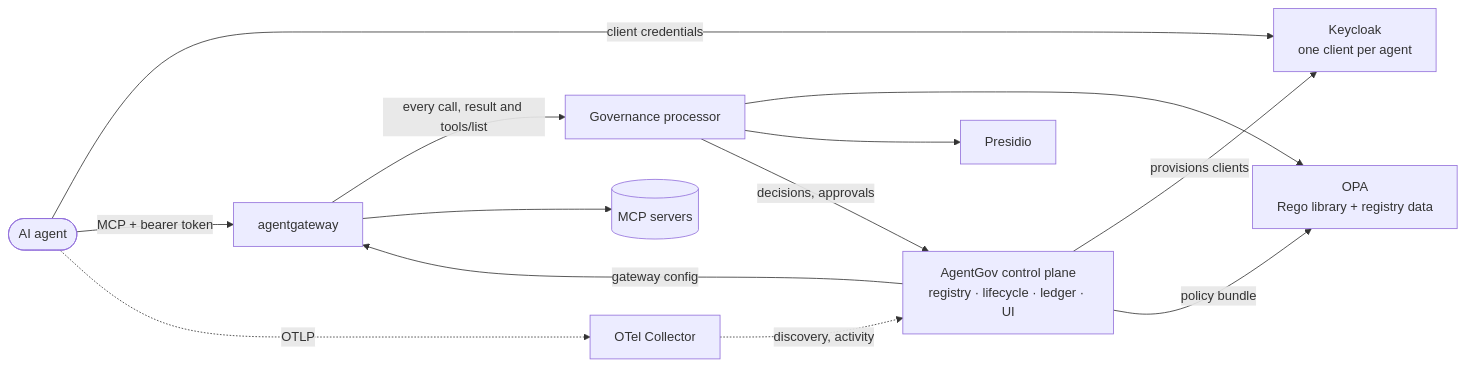
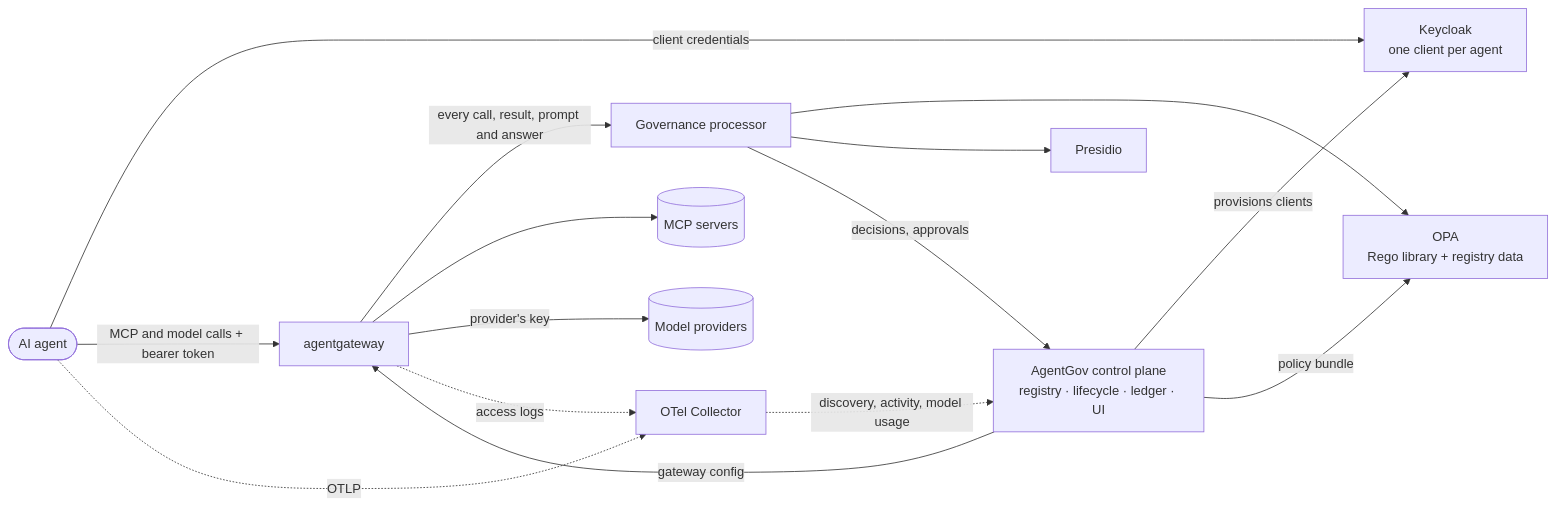
Before and after one commit to sreent/agentgov: the diagram in README.md, drawn with Mermaid. The commit also changed other lines of this file and 60 other files, not shown here.

````diff
--- a/README.md
+++ b/README.md
@@ -76,15 +77,17 @@
 ```mermaid
 flowchart LR
     agent([AI agent]) -- client credentials --> kc[Keycloak<br/>one client per agent]
-    agent -- MCP + bearer token --> gw[agentgateway]
-    gw -- every call, result and tools/list --> proc[Governance processor]
+    agent -- MCP and model calls + bearer token --> gw[agentgateway]
+    gw -- every call, result, prompt and answer --> proc[Governance processor]
     proc --> opa[OPA<br/>Rego library + registry data]
     proc --> presidio[Presidio]
     gw --> mcp[(MCP servers)]
+    gw -- provider's key --> llm[(Model providers)]
     cp[AgentGov control plane<br/>registry · lifecycle · ledger · UI]
     cp -- provisions clients --> kc
     cp -- policy bundle --> opa
     cp -- gateway config --> gw
     proc -- decisions, approvals --> cp
-    agent -. OTLP .-> otel[OTel Collector] -. discovery, activity .-> cp
+    agent -. OTLP .-> otel[OTel Collector] -. discovery, activity, model usage .-> cp
+    gw -. access logs .-> otel
 ```
````
